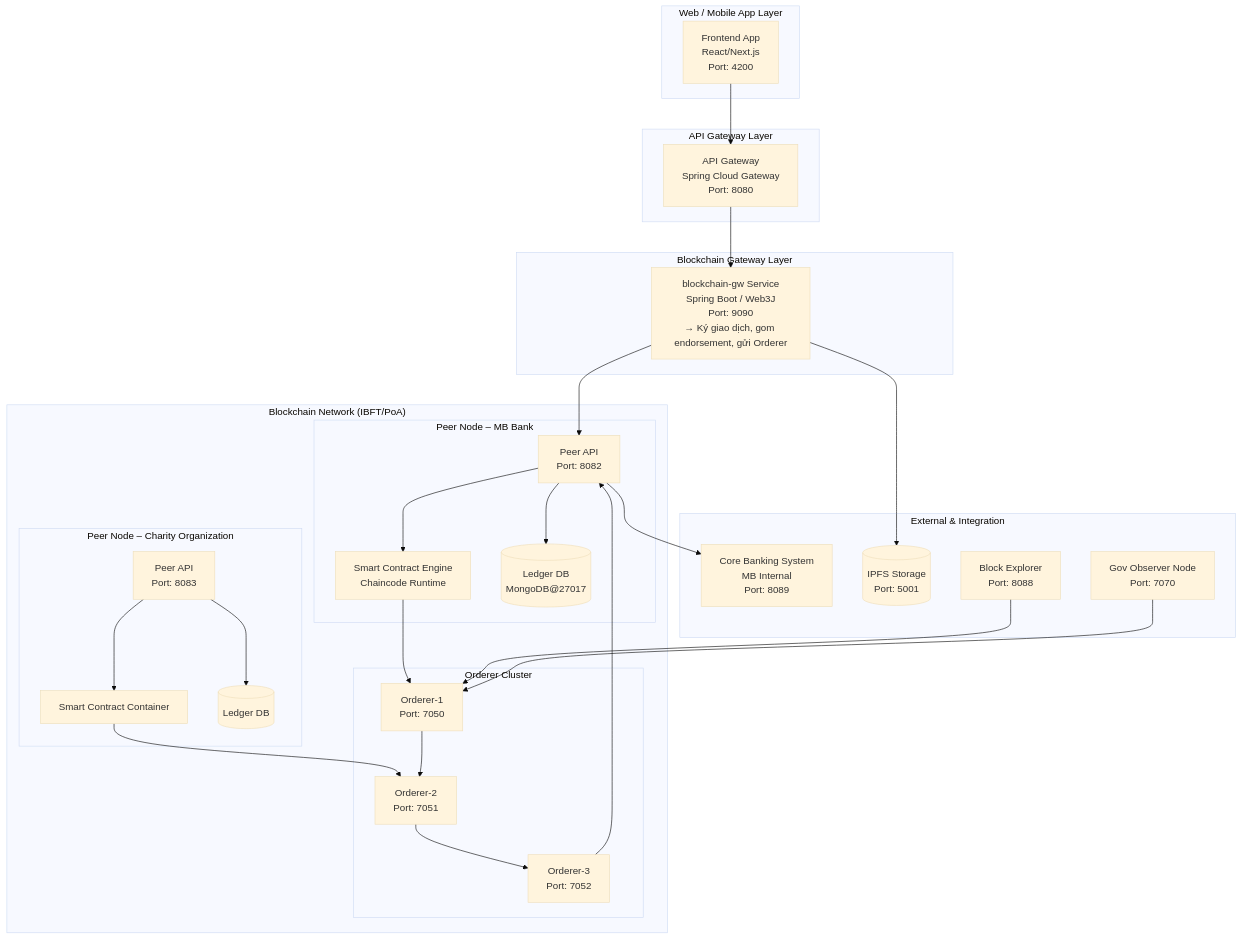
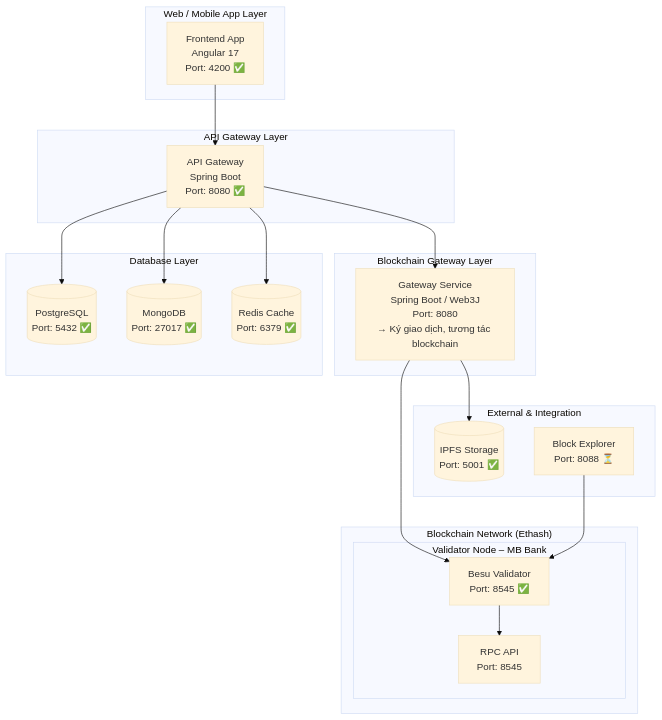
Before and after one commit to trunghc97/kind-ledger: the third of 6 diagrams in documents/intro.md, drawn with Mermaid (base theme). The commit also changed other lines of this file and 153 other files, not shown here.

````diff
--- a/documents/intro.md
+++ b/documents/intro.md
@@ -130,55 +163,42 @@
 ```mermaid
 graph TB
   subgraph WEB["Web / Mobile App Layer"]
-    FE["Frontend App<br/>React/Next.js<br/>Port: 4200"]
+    FE["Frontend App<br/>Angular 17<br/>Port: 4200 ✅"]
   end
 
   subgraph APIGW["API Gateway Layer"]
-    GATEWAY["API Gateway<br/>Spring Cloud Gateway<br/>Port: 8080"]
+    GATEWAY["API Gateway<br/>Spring Boot<br/>Port: 8080 ✅"]
   end
 
   subgraph BCGW["Blockchain Gateway Layer"]
-    BC_GW["blockchain-gw Service<br/>Spring Boot / Web3J<br/>Port: 9090<br/>→ Ký giao dịch, gom endorsement, gửi Orderer"]
+    BC_GW["Gateway Service<br/>Spring Boot / Web3J<br/>Port: 8080<br/>→ Ký giao dịch, tương tác blockchain"]
   end
 
-  subgraph NETWORK["Blockchain Network (IBFT/PoA)"]
-    subgraph MB["Peer Node – MB Bank"]
-      MB_API["Peer API<br/>Port: 8082"]
-      MB_CC["Smart Contract Engine<br/>Chaincode Runtime"]
-      MB_DB[("Ledger DB<br/>MongoDB@27017")]
-    end
-
-    subgraph ORG2["Peer Node – Charity Organization"]
-      CH_API["Peer API<br/>Port: 8083"]
-      CH_CC["Smart Contract Container"]
-      CH_DB[("Ledger DB")]
-    end
-
-    subgraph ORDER["Orderer Cluster"]
-      ORD1["Orderer-1<br/>Port: 7050"]
-      ORD2["Orderer-2<br/>Port: 7051"]
-      ORD3["Orderer-3<br/>Port: 7052"]
+  subgraph NETWORK["Blockchain Network (Ethash)"]
+    subgraph MB["Validator Node – MB Bank"]
+      BESU["Besu Validator<br/>Port: 8545 ✅"]
+      RPC["RPC API<br/>Port: 8545"]
     end
   end
 
+  subgraph DATABASES["Database Layer"]
+    POSTGRES[("PostgreSQL<br/>Port: 5432 ✅")]
+    MONGODB[("MongoDB<br/>Port: 27017 ✅")]
+    REDIS[("Redis Cache<br/>Port: 6379 ✅")]
+  end
+
   subgraph EXT["External & Integration"]
-    CORE["Core Banking System<br/>MB Internal<br/>Port: 8089"]
-    IPFS[("IPFS Storage<br/>Port: 5001")]
-    EXPLR["Block Explorer<br/>Port: 8088"]
-    GOV["Gov Observer Node<br/>Port: 7070"]
+    IPFS[("IPFS Storage<br/>Port: 5001 ✅")]
+    EXPLR["Block Explorer<br/>Port: 8088 ⏳"]
   end
 
   FE --> GATEWAY
   GATEWAY --> BC_GW
-  BC_GW --> MB_API
-  MB_API --> MB_CC --> ORD1
-  CH_API --> CH_CC --> ORD2
-  MB_API --> MB_DB
-  CH_API --> CH_DB
-  ORD1 --> ORD2 --> ORD3
-  ORD3 --> MB_API
-  MB_API --> CORE
+  BC_GW --> BESU
+  BESU --> RPC
+  GATEWAY --> POSTGRES
+  GATEWAY --> MONGODB
+  GATEWAY --> REDIS
   BC_GW --> IPFS
-  EXPLR --> ORD1
-  GOV --> ORD1
+  EXPLR --> BESU
 ```
````
